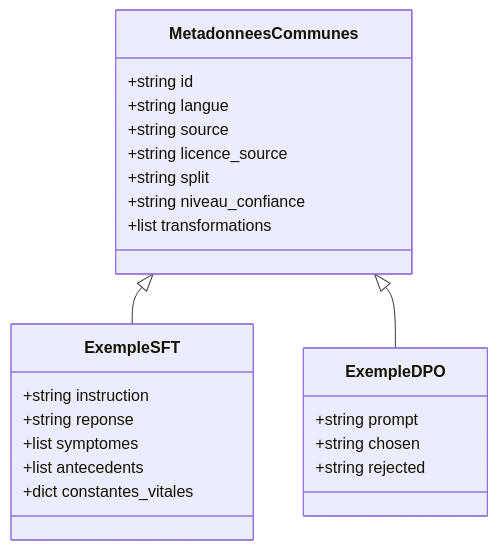
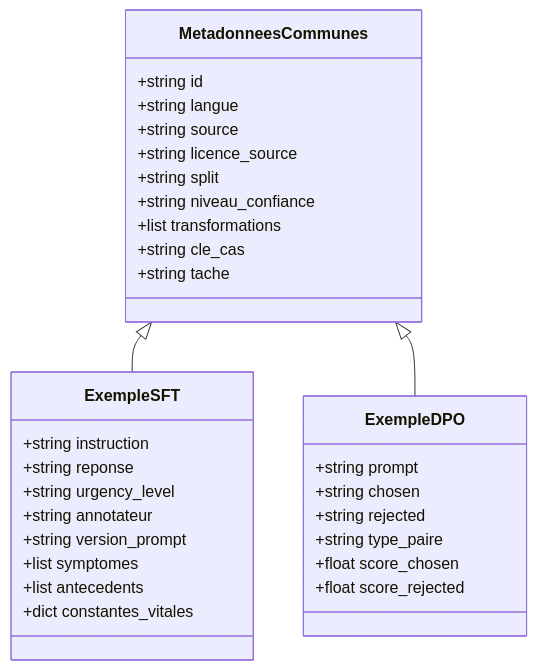
The diagram in docs/schema_metadonnees.md (RaphaelRIVIERE/llm-finetuning), drawn with Mermaid before and after one commit. The commit also changed other lines of this file and 3 other files, not shown here.

````diff
--- a/docs/schema_metadonnees.md
+++ b/docs/schema_metadonnees.md
@@ -64,26 +72,34 @@
 ```mermaid
 classDiagram
     class MetadonneesCommunes {
         +string id
         +string langue
         +string source
         +string licence_source
         +string split
         +string niveau_confiance
         +list transformations
+        +string cle_cas
+        +string tache
     }
     class ExempleSFT {
         +string instruction
         +string reponse
+        +string urgency_level
+        +string annotateur
+        +string version_prompt
         +list symptomes
         +list antecedents
         +dict constantes_vitales
     }
     class ExempleDPO {
         +string prompt
         +string chosen
         +string rejected
+        +string type_paire
+        +float score_chosen
+        +float score_rejected
     }
     MetadonneesCommunes <|-- ExempleSFT
     MetadonneesCommunes <|-- ExempleDPO
 ```
````
